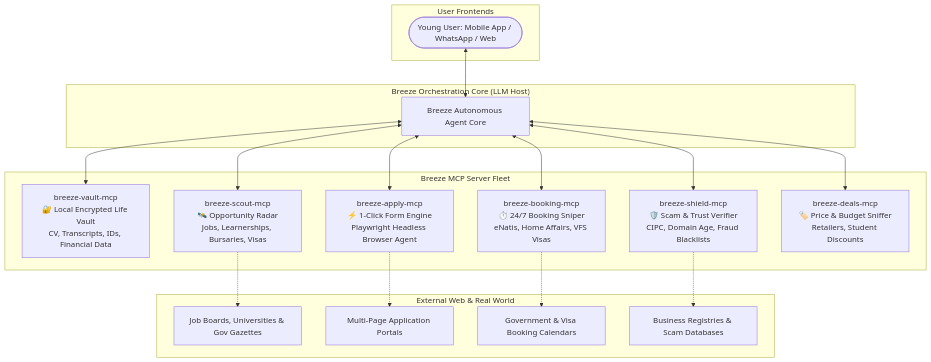
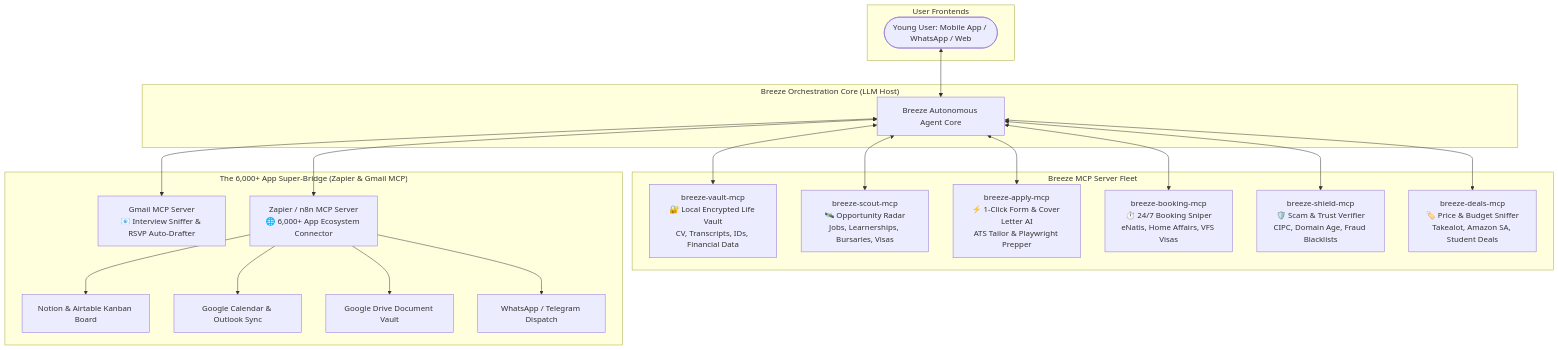
Before and after one commit to BhekumusaEric/Breeze: the diagram in README.md, drawn with Mermaid. The commit also changed other lines of this file and 2 other files, not shown here.

Commit message:
feat: Add Gmail Intelligence, 6,000+ App Ecosystem Guide (Zapier/n8n/Notion), and upgraded Enterprise MCP Server

````diff
--- a/README.md
+++ b/README.md
@@ -28,26 +30,28 @@
 ```mermaid
 flowchart TD
     subgraph "User Frontends"
         A([Young User: Mobile App / WhatsApp / Web])
     end
 
     subgraph "Breeze Orchestration Core (LLM Host)"
         A <--> B[Breeze Autonomous Agent Core]
     end
 
     subgraph "Breeze MCP Server Fleet"
         B <--> M1[breeze-vault-mcp<br/>🔐 Local Encrypted Life Vault<br/>CV, Transcripts, IDs, Financial Data]
         B <--> M2[breeze-scout-mcp<br/>🛰️ Opportunity Radar<br/>Jobs, Learnerships, Bursaries, Visas]
-        B <--> M3[breeze-apply-mcp<br/>⚡ 1-Click Form Engine<br/>Playwright Headless Browser Agent]
+        B <--> M3[breeze-apply-mcp<br/>⚡ 1-Click Form & Cover Letter AI<br/>ATS Tailor & Playwright Prepper]
         B <--> M4[breeze-booking-mcp<br/>⏱️ 24/7 Booking Sniper<br/>eNatis, Home Affairs, VFS Visas]
         B <--> M5[breeze-shield-mcp<br/>🛡️ Scam & Trust Verifier<br/>CIPC, Domain Age, Fraud Blacklists]
-        B <--> M6[breeze-deals-mcp<br/>🏷️ Price & Budget Sniffer<br/>Retailers, Student Discounts]
+        B <--> M6[breeze-deals-mcp<br/>🏷️ Price & Budget Sniffer<br/>Takealot, Amazon SA, Student Deals]
     end
 
-    subgraph "External Web & Real World"
-        M2 -.-> W1[Job Boards, Universities & Gov Gazettes]
-        M3 -.-> W2[Multi-Page Application Portals]
-        M4 -.-> W3[Government & Visa Booking Calendars]
-        M5 -.-> W4[Business Registries & Scam Databases]
+    subgraph "The 6,000+ App Super-Bridge (Zapier & Gmail MCP)"
+        B <--> G1[Gmail MCP Server<br/>📧 Interview Sniffer & RSVP Auto-Drafter]
+        B <--> Z1[Zapier / n8n MCP Server<br/>🌐 6,000+ App Ecosystem Connector]
+        Z1 --> N1[Notion & Airtable Kanban Board]
+        Z1 --> C1[Google Calendar & Outlook Sync]
+        Z1 --> D1[Google Drive Document Vault]
+        Z1 --> W1[WhatsApp / Telegram Dispatch]
     end
 ```
````
